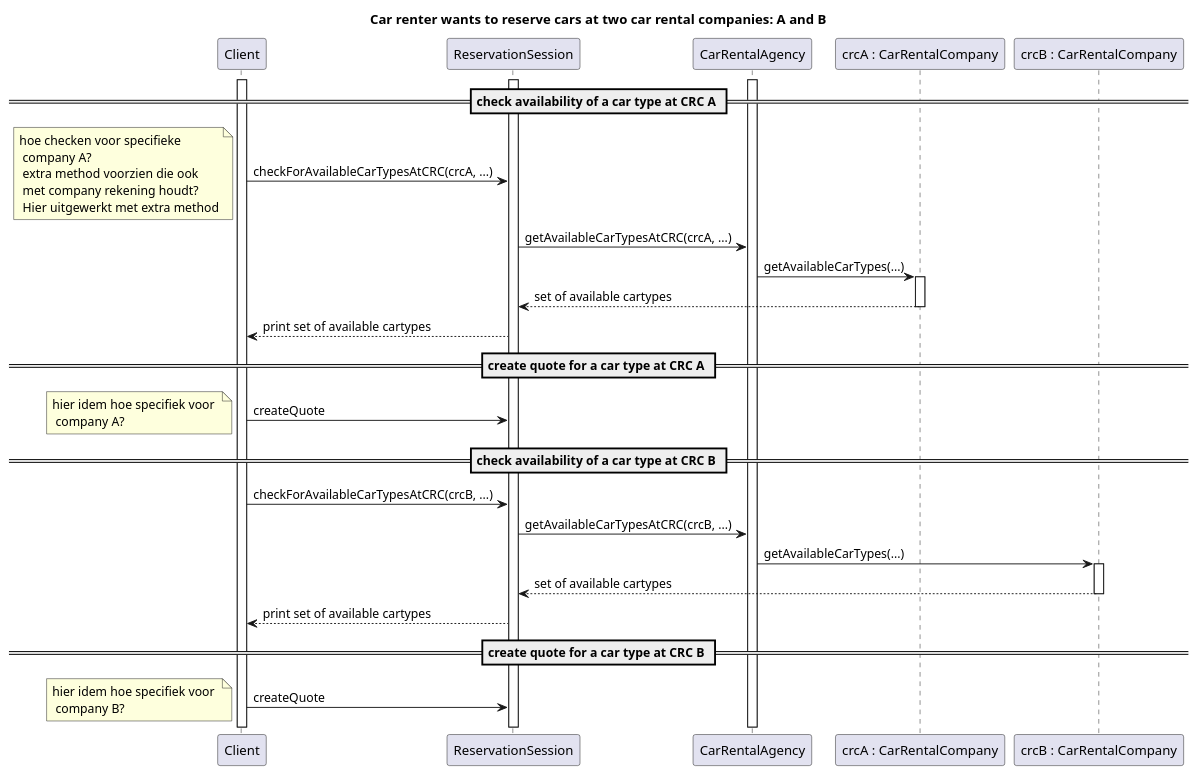
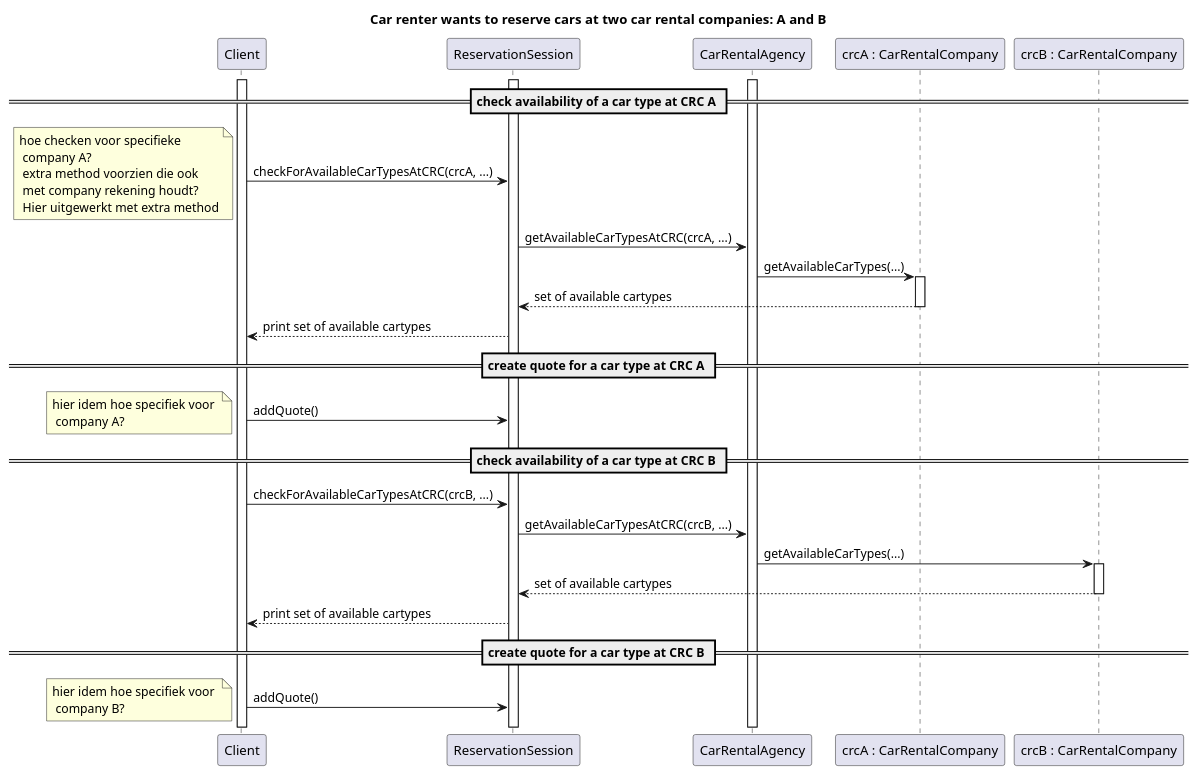
The diagram in diagrams/sequenceDiagrams/reserveCars.puml (Bhamoss/java_rmi_ds_project), drawn with PlantUML before and after one commit. The commit also changed 3 other files, not shown here.

```diff
--- a/diagrams/sequenceDiagrams/reserveCars.puml
+++ b/diagrams/sequenceDiagrams/reserveCars.puml
@@ -1,48 +1,48 @@
 @startuml
 title Car renter wants to reserve cars at two car rental companies: A and B
 
 participant Client
 participant ReservationSession
 participant CarRentalAgency
 participant "crcA : CarRentalCompany" as CarRentalCompanyA
 participant "crcB : CarRentalCompany" as CarRentalCompanyB
 
 activate Client
 activate ReservationSession
 activate CarRentalAgency
 
 == check availability of a car type at CRC A ==
 ' cartype at company A
 Client->ReservationSession: checkForAvailableCarTypesAtCRC(crcA, ...)
     note left : hoe checken voor specifieke \n company A? \n extra method voorzien die ook \n met company rekening houdt? \n Hier uitgewerkt met extra method
 ReservationSession->CarRentalAgency : getAvailableCarTypesAtCRC(crcA, ...) 
 
 CarRentalAgency->CarRentalCompanyA : getAvailableCarTypes(...)
 activate CarRentalCompanyA
 CarRentalCompanyA-->ReservationSession : set of available cartypes
 deactivate CarRentalCompanyA
 ReservationSession-->Client : print set of available cartypes
 
 == create quote for a car type at CRC A ==
-Client->ReservationSession:createQuote 
+Client->ReservationSession: addQuote() 
 note left  : hier idem hoe specifiek voor \n company A?
 
 == check availability of a car type at CRC B ==
 ' cartype at company B
 Client->ReservationSession: checkForAvailableCarTypesAtCRC(crcB, ...)
 
 ReservationSession->CarRentalAgency : getAvailableCarTypesAtCRC(crcB, ...) 
 
 CarRentalAgency->CarRentalCompanyB : getAvailableCarTypes(...)
 activate CarRentalCompanyB
 CarRentalCompanyB-->ReservationSession : set of available cartypes
 deactivate CarRentalCompanyB
 ReservationSession-->Client : print set of available cartypes
 
 == create quote for a car type at CRC B ==
-Client->ReservationSession:createQuote
+Client->ReservationSession: addQuote()
 note left  : hier idem hoe specifiek voor \n company B?
 
 
 
 @enduml
```
